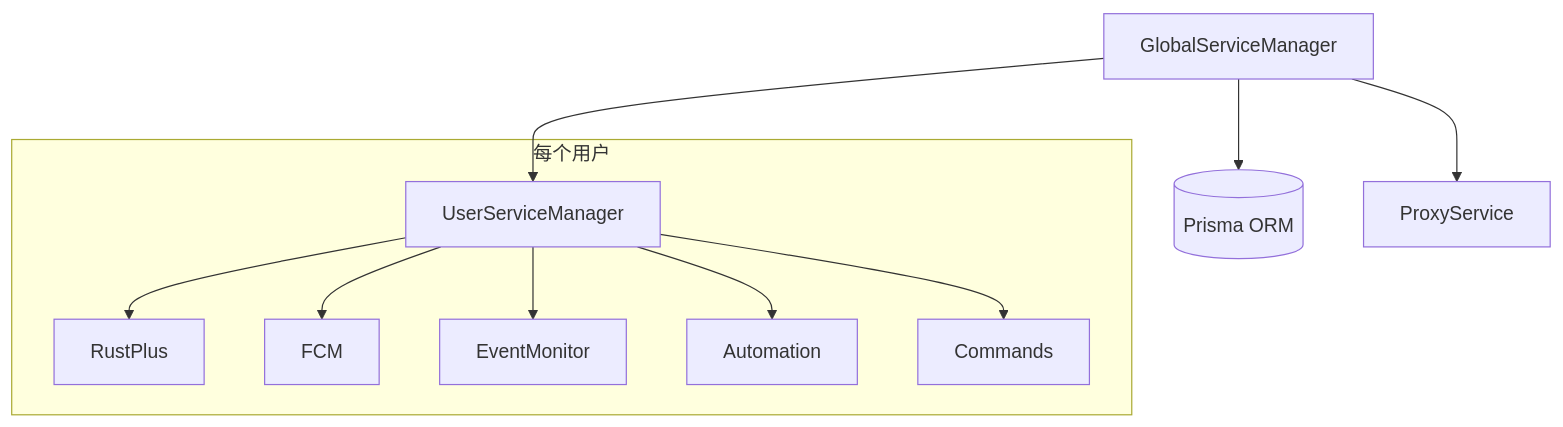
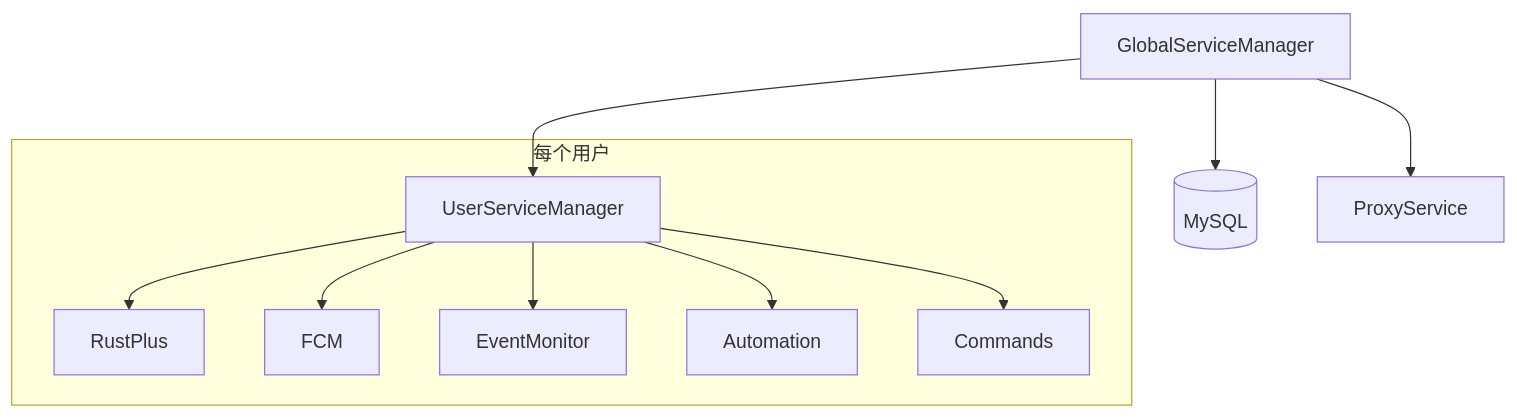
The diagram in docs/modules/global-manager.service.md (Ayuan97/rust-bot), drawn with Mermaid before and after one commit. The commit also changed 50 other files, not shown here.

First line of the commit message:
refactor: 移除 Prisma ORM，改用 mysql2 原生查询

````diff
--- a/docs/modules/global-manager.service.md
+++ b/docs/modules/global-manager.service.md
@@ -110,14 +110,14 @@
 ```mermaid
 graph TD
     GSM[GlobalServiceManager] --> USM[UserServiceManager]
-    GSM --> Prisma[(Prisma ORM)]
+    GSM --> DB[(MySQL)]
     GSM --> ProxyService[ProxyService]
     
     subgraph "每个用户"
         USM --> RustPlus
         USM --> FCM
         USM --> EventMonitor
         USM --> Automation
         USM --> Commands
     end
 ```
````
